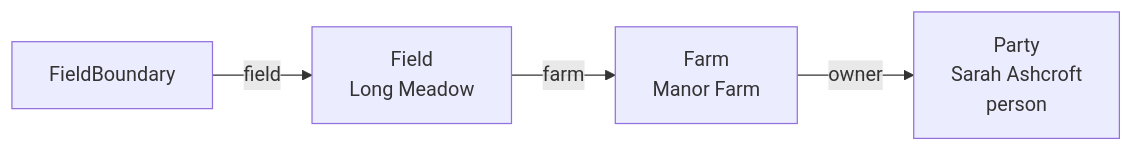
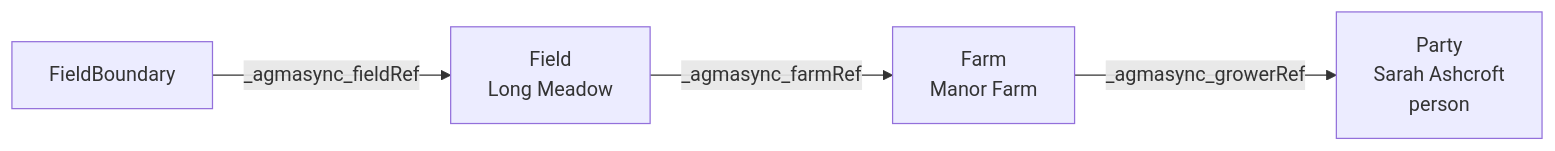
One commit to DKE-Data/masterdata-sync-working-group changed the second of 6 diagrams in architecture/08-party-model.md. Above: the diagram before and after it, drawn with Mermaid. The commit also changed other lines of this file and 11 other files, not shown here.

````diff
--- a/architecture/08-party-model.md
+++ b/architecture/08-party-model.md
@@ -114,6 +112,6 @@
 ```mermaid
 flowchart LR
-    B["FieldBoundary"] -->|"field"| FI["Field \n Long Meadow"]
-    FI -->|"farm"| F["Farm \n Manor Farm"]
-    F -->|"owner"| P["Party \n Sarah Ashcroft \n person"]
+    B["FieldBoundary"] -->|"_agmasync_fieldRef"| FI["Field \n Long Meadow"]
+    FI -->|"_agmasync_farmRef"| F["Farm \n Manor Farm"]
+    F -->|"_agmasync_growerRef"| P["Party \n Sarah Ashcroft \n person"]
 ```
````
